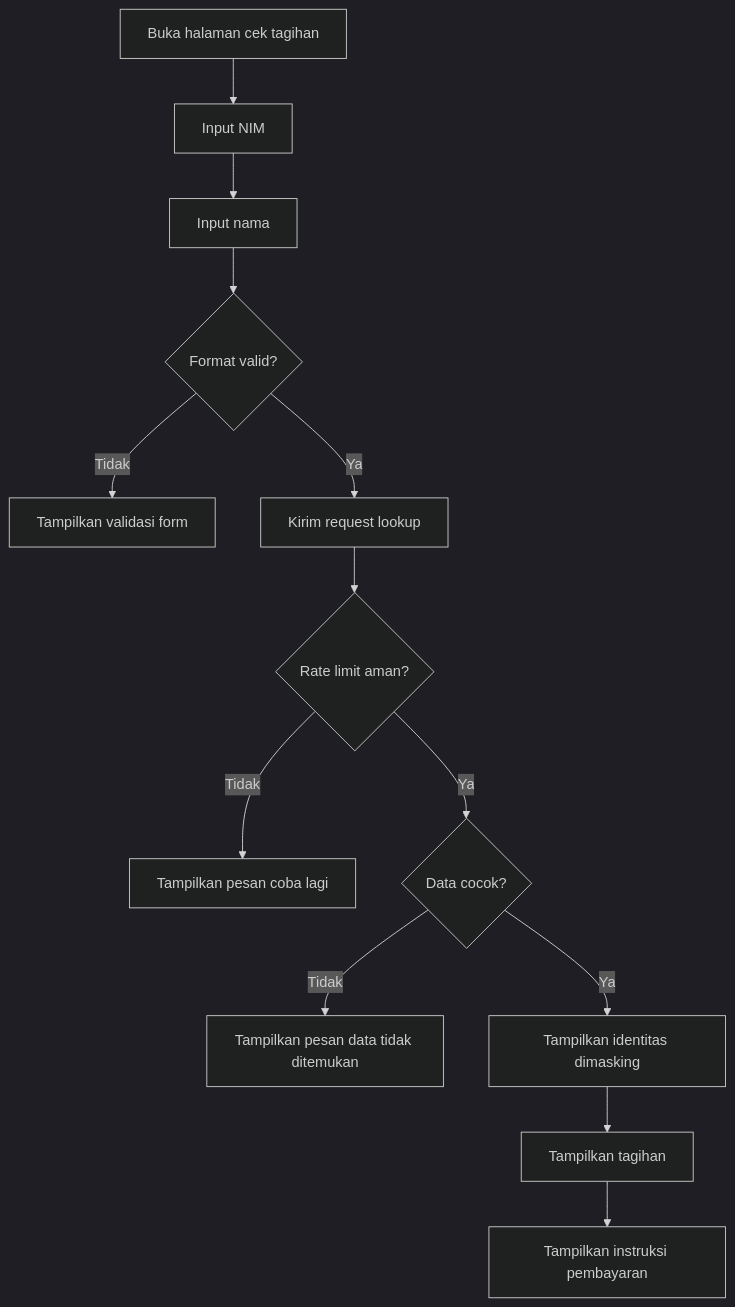
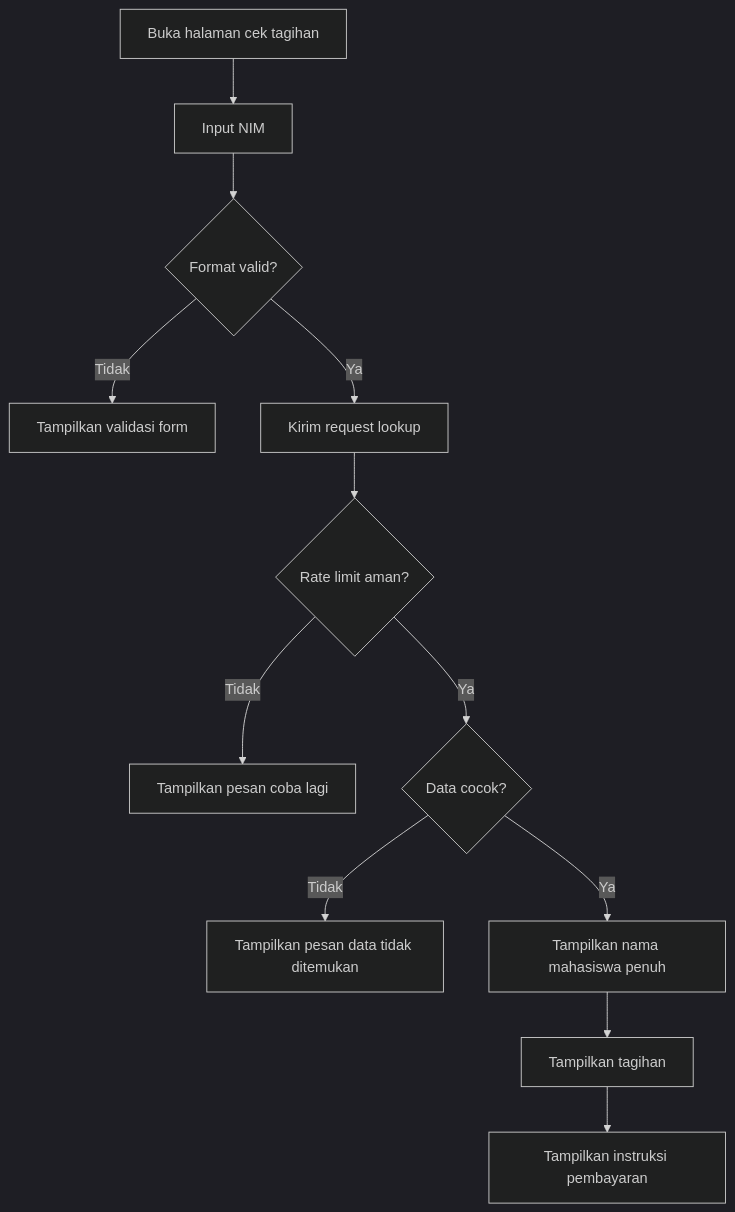
The fifth of 25 diagrams in docs/03-diagrams.md (mtijan/Salut-Cek-Pembayaran), drawn with Mermaid (dark theme) before and after one commit. The commit also changed other lines of this file and 16 other files, not shown here.

Commit message:
feat: establish core project architecture, backend services, documentation, and security baseline definitions

````diff
--- a/docs/03-diagrams.md
+++ b/docs/03-diagrams.md
@@ -154,15 +154,14 @@
 ```mermaid
 flowchart TD
     A[Buka halaman cek tagihan] --> B[Input NIM]
-    B --> C[Input nama]
-    C --> D{Format valid?}
+    B --> D{Format valid?}
     D -->|Tidak| E[Tampilkan validasi form]
     D -->|Ya| F[Kirim request lookup]
     F --> G{Rate limit aman?}
     G -->|Tidak| H[Tampilkan pesan coba lagi]
     G -->|Ya| I{Data cocok?}
     I -->|Tidak| J[Tampilkan pesan data tidak ditemukan]
-    I -->|Ya| K[Tampilkan identitas dimasking]
+    I -->|Ya| K[Tampilkan nama mahasiswa penuh]
     K --> L[Tampilkan tagihan]
     L --> M[Tampilkan instruksi pembayaran]
 ```
````
